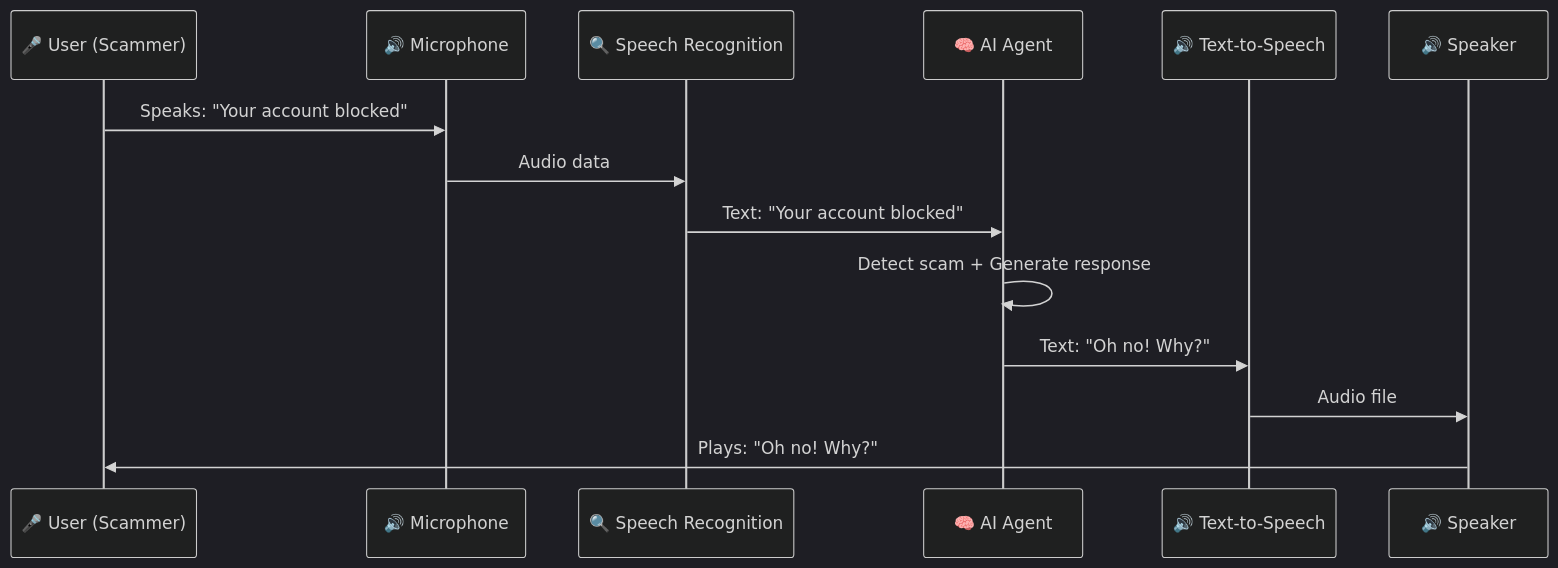
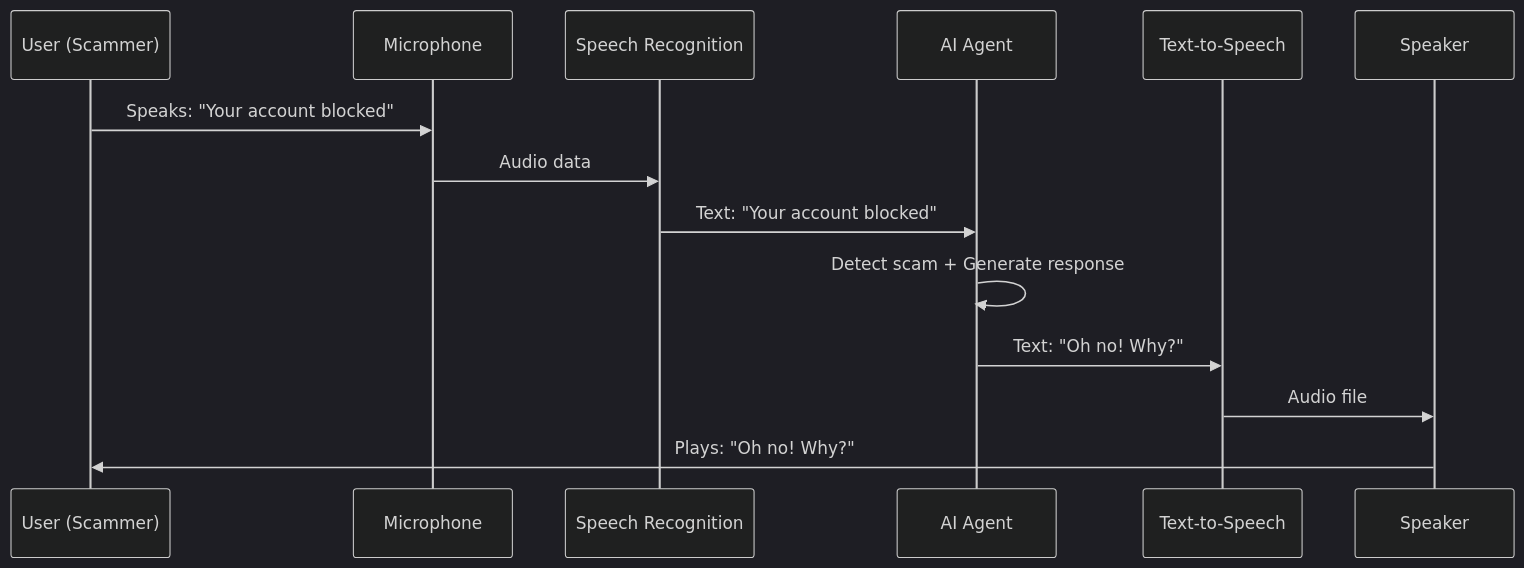
The second of 2 diagrams in README.md (AbhishekGiri04/DECOY.ONE), drawn with Mermaid (dark theme) before and after one commit. The commit also changed other lines of this file, not shown here.

````diff
--- a/README.md
+++ b/README.md
@@ -501,17 +501,17 @@
 ```mermaid
 sequenceDiagram
-    participant User as 🎤 User (Scammer)
-    participant Mic as 🔊 Microphone
-    participant SR as 🔍 Speech Recognition
-    participant AI as 🧠 AI Agent
-    participant TTS as 🔊 Text-to-Speech
-    participant Speaker as 🔊 Speaker
+    participant User as  User (Scammer)
+    participant Mic as  Microphone
+    participant SR as  Speech Recognition
+    participant AI as  AI Agent
+    participant TTS as  Text-to-Speech
+    participant Speaker as  Speaker
     
     User->>Mic: Speaks: "Your account blocked"
     Mic->>SR: Audio data
     SR->>AI: Text: "Your account blocked"
     AI->>AI: Detect scam + Generate response
     AI->>TTS: Text: "Oh no! Why?"
     TTS->>Speaker: Audio file
     Speaker->>User: Plays: "Oh no! Why?"
 ```
````
